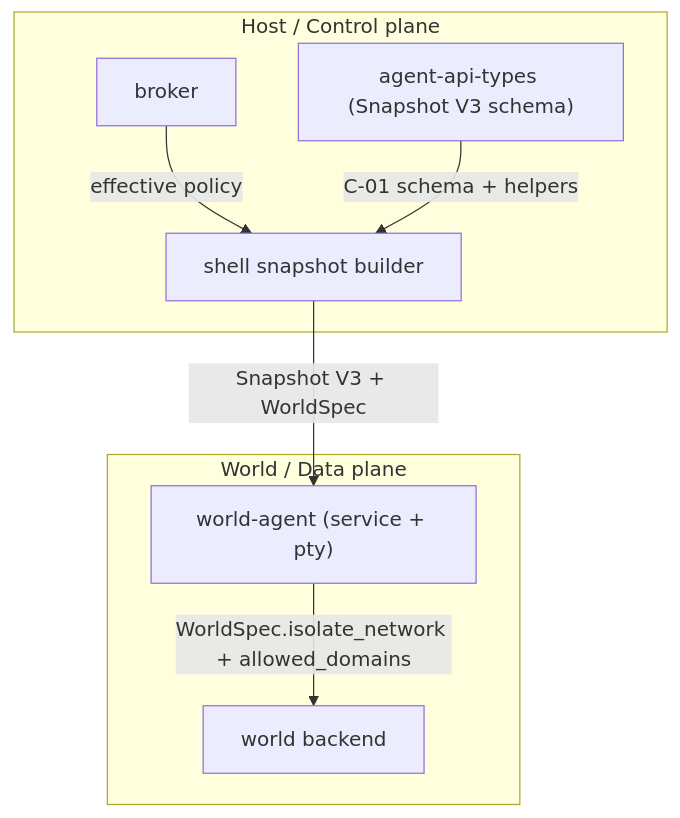
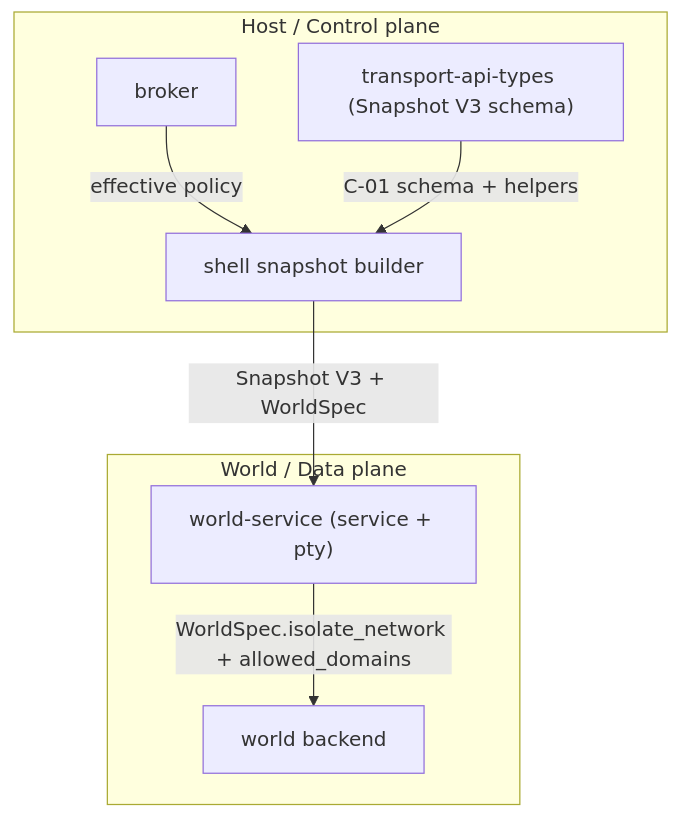
One commit to atomize-hq/substrate changed the second of 2 diagrams in docs/project_management/packs/implemented/opt_in_world_netfilter_enforcement_v1_seams/threaded-seams/seam-1-snapshot-v3-net-allowlist-plumbing/review.md. Above: the diagram before and after it, drawn with Mermaid. The commit also changed other lines of this file and 590 other files, not shown here.

````diff
--- a/docs/project_management/packs/implemented/opt_in_world_netfilter_enforcement_v1_seams/threaded-seams/seam-1-snapshot-v3-net-allowlist-plumbing/review.md
+++ b/docs/project_management/packs/implemented/opt_in_world_netfilter_enforcement_v1_seams/threaded-seams/seam-1-snapshot-v3-net-allowlist-plumbing/review.md
@@ -35,18 +35,18 @@
 ```mermaid
 flowchart TB
   subgraph Host["Host / Control plane"]
     BR["broker"]
     SS["shell snapshot builder"]
-    AT["agent-api-types (Snapshot V3 schema)"]
+    AT["transport-api-types (Snapshot V3 schema)"]
   end
 
   subgraph World["World / Data plane"]
-    WA["world-agent (service + pty)"]
+    WA["world-service (service + pty)"]
     W["world backend"]
   end
 
   BR -->|"effective policy"| SS
   AT -->|"C-01 schema + helpers"| SS
   SS -->|"Snapshot V3 + WorldSpec"| WA
   WA -->|"WorldSpec.isolate_network + allowed_domains"| W
 ```
````
